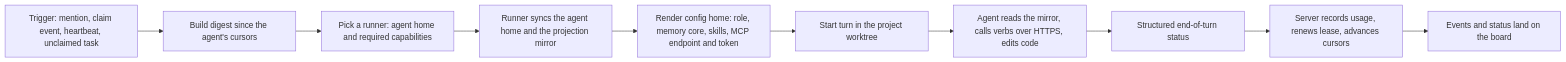
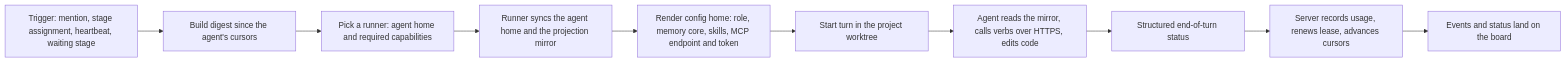
One commit to kr4t0n/stellaris changed the second of 3 diagrams in PLAN.md. Above: the diagram before and after it, drawn with Mermaid. The commit also changed other lines of this file and 3 other files, not shown here.

````diff
--- a/PLAN.md
+++ b/PLAN.md
@@ -97,12 +100,12 @@
 ```mermaid
 flowchart LR
-  TRIG["Trigger: mention, claim event, heartbeat, unclaimed task"] --> DIG["Build digest since the agent's cursors"]
+  TRIG["Trigger: mention, stage assignment, heartbeat, waiting stage"] --> DIG["Build digest since the agent's cursors"]
   DIG --> PICK["Pick a runner: agent home and required capabilities"]
   PICK --> SYNC["Runner syncs the agent home and the projection mirror"]
   SYNC --> REN["Render config home: role, memory core, skills, MCP endpoint and token"]
   REN --> RUN["Start turn in the project worktree"]
   RUN --> ACT["Agent reads the mirror, calls verbs over HTTPS, edits code"]
   ACT --> DONE["Structured end-of-turn status"]
   DONE --> REC["Server records usage, renews lease, advances cursors"]
   REC --> PUB["Events and status land on the board"]
 ```
````
